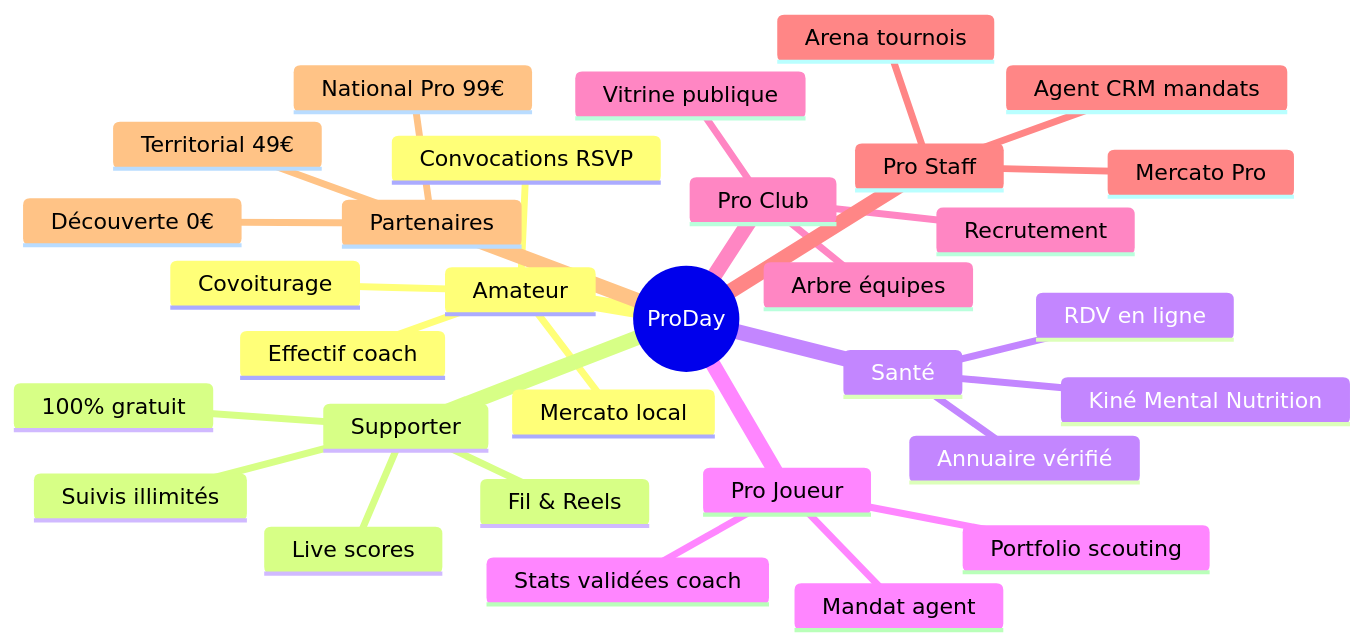
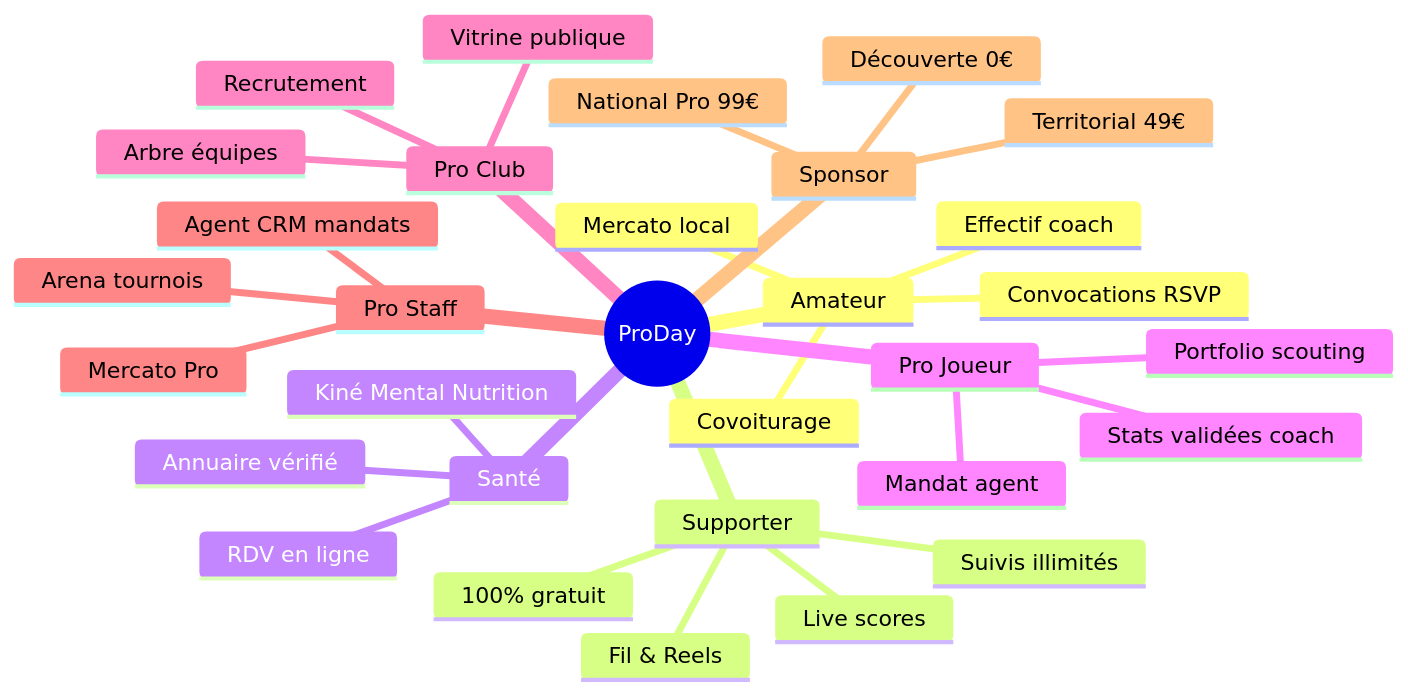
One commit to alfredgibeau-ahoussinou/PRODAY changed the first of 5 diagrams in README.md. Above: the diagram before and after it, drawn with Mermaid. The commit also changed other lines of this file and 24 other files, not shown here.

````diff
--- a/README.md
+++ b/README.md
@@ -101,34 +101,34 @@
 ```mermaid
 mindmap
   root((ProDay))
     Amateur
       Mercato local
       Convocations RSVP
       Covoiturage
       Effectif coach
     Supporter
       Live scores
       Suivis illimités
       Fil & Reels
       100% gratuit
     Santé
       Annuaire vérifié
       RDV en ligne
       Kiné Mental Nutrition
     Pro Joueur
       Portfolio scouting
       Stats validées coach
       Mandat agent
     Pro Club
       Arbre équipes
       Recrutement
       Vitrine publique
     Pro Staff
       Mercato Pro
       Agent CRM mandats
       Arena tournois
-    Partenaires
+    Sponsor
       Découverte 0€
       Territorial 49€
       National Pro 99€
 ```
````
